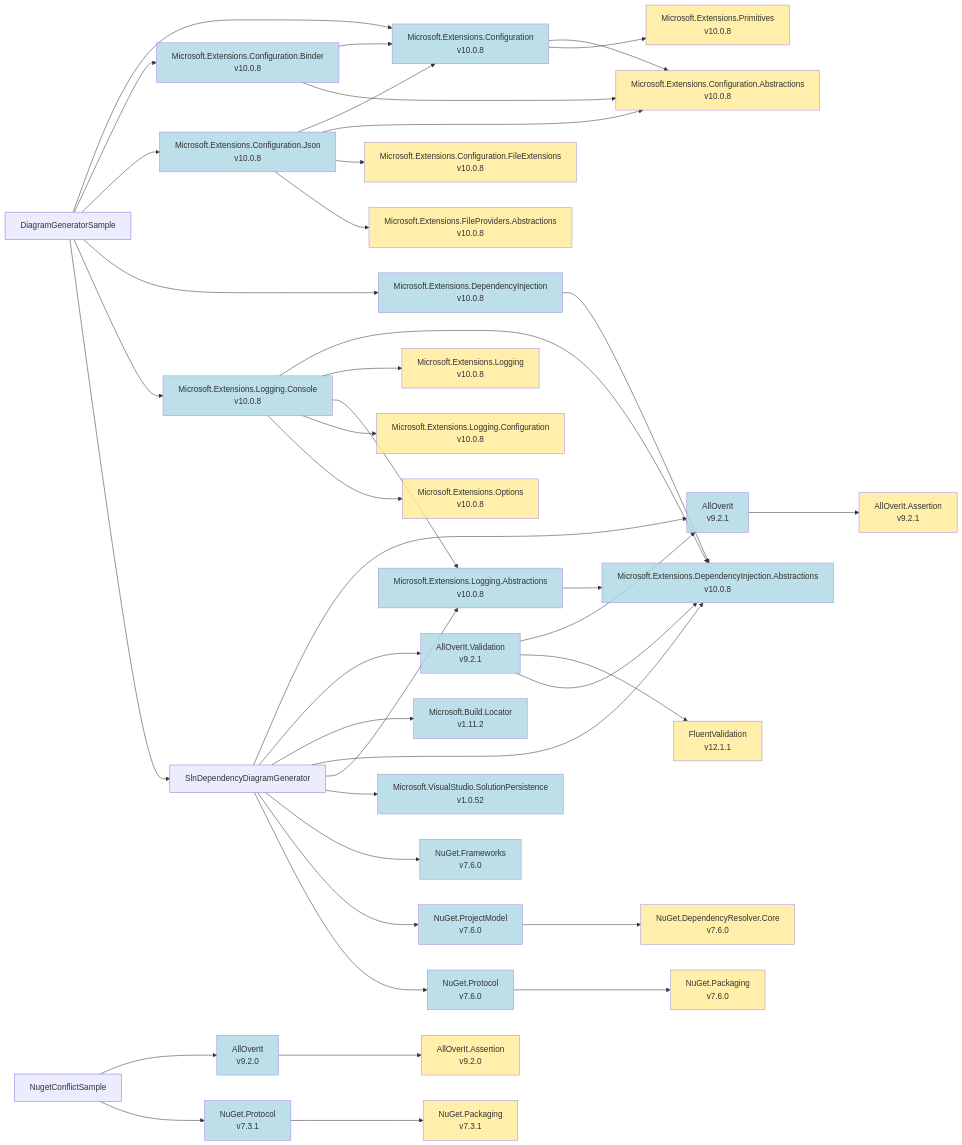
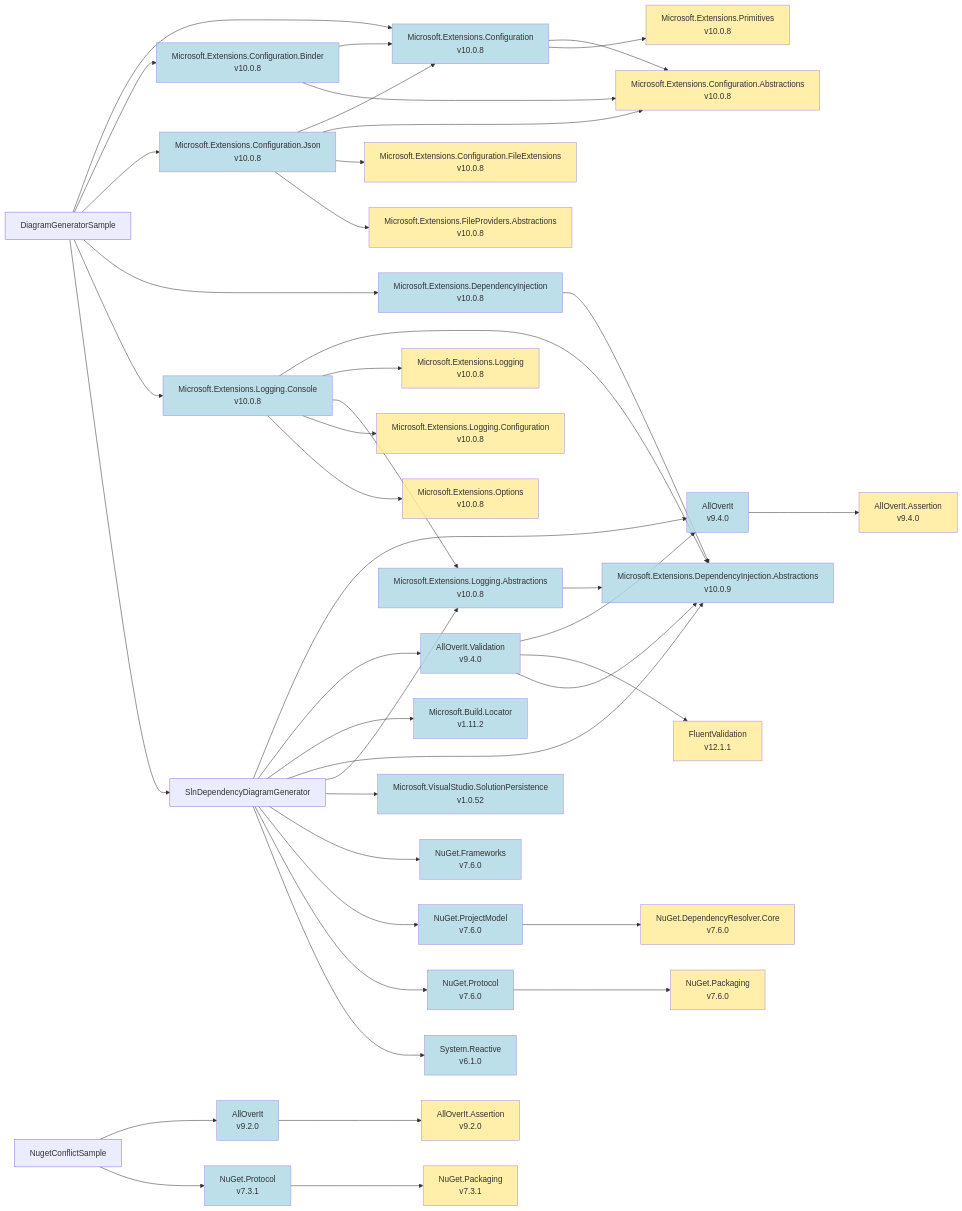
Before and after one commit to mjfreelancing/SlnDependencyDiagramGenerator: the diagram in Samples/Output/net10.0/mmd/dependency-diagram-generator-all.mmd, drawn with Mermaid. The commit also changed 62 other files, not shown here.

Commit message:
Sample diagram updates

```diff
--- a/Samples/Output/net10.0/mmd/dependency-diagram-generator-all.mmd
+++ b/Samples/Output/net10.0/mmd/dependency-diagram-generator-all.mmd
@@ -1,102 +1,105 @@
 flowchart LR
   diagramgeneratorsample["DiagramGeneratorSample"]
   microsoft-extensions-configuration_10-0-8["Microsoft.Extensions.Configuration<br>v10.0.8"]
   microsoft-extensions-configuration-abstractions_10-0-8["Microsoft.Extensions.Configuration.Abstractions<br>v10.0.8"]
   microsoft-extensions-primitives_10-0-8["Microsoft.Extensions.Primitives<br>v10.0.8"]
   microsoft-extensions-configuration-binder_10-0-8["Microsoft.Extensions.Configuration.Binder<br>v10.0.8"]
   microsoft-extensions-configuration-json_10-0-8["Microsoft.Extensions.Configuration.Json<br>v10.0.8"]
   microsoft-extensions-configuration-fileextensions_10-0-8["Microsoft.Extensions.Configuration.FileExtensions<br>v10.0.8"]
   microsoft-extensions-fileproviders-abstractions_10-0-8["Microsoft.Extensions.FileProviders.Abstractions<br>v10.0.8"]
   microsoft-extensions-dependencyinjection_10-0-8["Microsoft.Extensions.DependencyInjection<br>v10.0.8"]
-  microsoft-extensions-dependencyinjection-abstractions_10-0-8["Microsoft.Extensions.DependencyInjection.Abstractions<br>v10.0.8"]
+  microsoft-extensions-dependencyinjection-abstractions_10-0-9["Microsoft.Extensions.DependencyInjection.Abstractions<br>v10.0.9"]
   microsoft-extensions-logging-console_10-0-8["Microsoft.Extensions.Logging.Console<br>v10.0.8"]
   microsoft-extensions-logging_10-0-8["Microsoft.Extensions.Logging<br>v10.0.8"]
   microsoft-extensions-logging-abstractions_10-0-8["Microsoft.Extensions.Logging.Abstractions<br>v10.0.8"]
   microsoft-extensions-logging-configuration_10-0-8["Microsoft.Extensions.Logging.Configuration<br>v10.0.8"]
   microsoft-extensions-options_10-0-8["Microsoft.Extensions.Options<br>v10.0.8"]
   slndependencydiagramgenerator["SlnDependencyDiagramGenerator"]
-  alloverit_9-2-1["AllOverIt<br>v9.2.1"]
-  alloverit-assertion_9-2-1["AllOverIt.Assertion<br>v9.2.1"]
-  alloverit-validation_9-2-1["AllOverIt.Validation<br>v9.2.1"]
+  alloverit_9-4-0["AllOverIt<br>v9.4.0"]
+  alloverit-assertion_9-4-0["AllOverIt.Assertion<br>v9.4.0"]
+  alloverit-validation_9-4-0["AllOverIt.Validation<br>v9.4.0"]
   fluentvalidation_12-1-1["FluentValidation<br>v12.1.1"]
   microsoft-build-locator_1-11-2["Microsoft.Build.Locator<br>v1.11.2"]
   microsoft-visualstudio-solutionpersistence_1-0-52["Microsoft.VisualStudio.SolutionPersistence<br>v1.0.52"]
   nuget-frameworks_7-6-0["NuGet.Frameworks<br>v7.6.0"]
   nuget-projectmodel_7-6-0["NuGet.ProjectModel<br>v7.6.0"]
   nuget-dependencyresolver-core_7-6-0["NuGet.DependencyResolver.Core<br>v7.6.0"]
   nuget-protocol_7-6-0["NuGet.Protocol<br>v7.6.0"]
   nuget-packaging_7-6-0["NuGet.Packaging<br>v7.6.0"]
+  system-reactive_6-1-0["System.Reactive<br>v6.1.0"]
   nugetconflictsample["NugetConflictSample"]
   alloverit_9-2-0["AllOverIt<br>v9.2.0"]
   alloverit-assertion_9-2-0["AllOverIt.Assertion<br>v9.2.0"]
   nuget-protocol_7-3-1["NuGet.Protocol<br>v7.3.1"]
   nuget-packaging_7-3-1["NuGet.Packaging<br>v7.3.1"]
   diagramgeneratorsample --> microsoft-extensions-configuration_10-0-8
   microsoft-extensions-configuration_10-0-8 --> microsoft-extensions-configuration-abstractions_10-0-8
   microsoft-extensions-configuration_10-0-8 --> microsoft-extensions-primitives_10-0-8
   diagramgeneratorsample --> microsoft-extensions-configuration-binder_10-0-8
   microsoft-extensions-configuration-binder_10-0-8 --> microsoft-extensions-configuration_10-0-8
   microsoft-extensions-configuration-binder_10-0-8 --> microsoft-extensions-configuration-abstractions_10-0-8
   diagramgeneratorsample --> microsoft-extensions-configuration-json_10-0-8
   microsoft-extensions-configuration-json_10-0-8 --> microsoft-extensions-configuration_10-0-8
   microsoft-extensions-configuration-json_10-0-8 --> microsoft-extensions-configuration-abstractions_10-0-8
   microsoft-extensions-configuration-json_10-0-8 --> microsoft-extensions-configuration-fileextensions_10-0-8
   microsoft-extensions-configuration-json_10-0-8 --> microsoft-extensions-fileproviders-abstractions_10-0-8
   diagramgeneratorsample --> microsoft-extensions-dependencyinjection_10-0-8
-  microsoft-extensions-dependencyinjection_10-0-8 --> microsoft-extensions-dependencyinjection-abstractions_10-0-8
+  microsoft-extensions-dependencyinjection_10-0-8 --> microsoft-extensions-dependencyinjection-abstractions_10-0-9
   diagramgeneratorsample --> microsoft-extensions-logging-console_10-0-8
-  microsoft-extensions-logging-console_10-0-8 --> microsoft-extensions-dependencyinjection-abstractions_10-0-8
+  microsoft-extensions-logging-console_10-0-8 --> microsoft-extensions-dependencyinjection-abstractions_10-0-9
   microsoft-extensions-logging-console_10-0-8 --> microsoft-extensions-logging_10-0-8
   microsoft-extensions-logging-console_10-0-8 --> microsoft-extensions-logging-abstractions_10-0-8
   microsoft-extensions-logging-console_10-0-8 --> microsoft-extensions-logging-configuration_10-0-8
   microsoft-extensions-logging-console_10-0-8 --> microsoft-extensions-options_10-0-8
   diagramgeneratorsample --> slndependencydiagramgenerator
-  slndependencydiagramgenerator --> alloverit_9-2-1
-  alloverit_9-2-1 --> alloverit-assertion_9-2-1
-  slndependencydiagramgenerator --> alloverit-validation_9-2-1
-  alloverit-validation_9-2-1 --> alloverit_9-2-1
-  alloverit-validation_9-2-1 --> fluentvalidation_12-1-1
-  alloverit-validation_9-2-1 --> microsoft-extensions-dependencyinjection-abstractions_10-0-8
+  slndependencydiagramgenerator --> alloverit_9-4-0
+  alloverit_9-4-0 --> alloverit-assertion_9-4-0
+  slndependencydiagramgenerator --> alloverit-validation_9-4-0
+  alloverit-validation_9-4-0 --> alloverit_9-4-0
+  alloverit-validation_9-4-0 --> fluentvalidation_12-1-1
+  alloverit-validation_9-4-0 --> microsoft-extensions-dependencyinjection-abstractions_10-0-9
   slndependencydiagramgenerator --> microsoft-build-locator_1-11-2
-  slndependencydiagramgenerator --> microsoft-extensions-dependencyinjection-abstractions_10-0-8
+  slndependencydiagramgenerator --> microsoft-extensions-dependencyinjection-abstractions_10-0-9
   slndependencydiagramgenerator --> microsoft-extensions-logging-abstractions_10-0-8
-  microsoft-extensions-logging-abstractions_10-0-8 --> microsoft-extensions-dependencyinjection-abstractions_10-0-8
+  microsoft-extensions-logging-abstractions_10-0-8 --> microsoft-extensions-dependencyinjection-abstractions_10-0-9
   slndependencydiagramgenerator --> microsoft-visualstudio-solutionpersistence_1-0-52
   slndependencydiagramgenerator --> nuget-frameworks_7-6-0
   slndependencydiagramgenerator --> nuget-projectmodel_7-6-0
   nuget-projectmodel_7-6-0 --> nuget-dependencyresolver-core_7-6-0
   slndependencydiagramgenerator --> nuget-protocol_7-6-0
   nuget-protocol_7-6-0 --> nuget-packaging_7-6-0
+  slndependencydiagramgenerator --> system-reactive_6-1-0
   nugetconflictsample --> alloverit_9-2-0
   alloverit_9-2-0 --> alloverit-assertion_9-2-0
   nugetconflictsample --> nuget-protocol_7-3-1
   nuget-protocol_7-3-1 --> nuget-packaging_7-3-1
   style microsoft-extensions-configuration_10-0-8 fill:#ADD8E6,opacity:0.8
   style microsoft-extensions-configuration-abstractions_10-0-8 fill:#FFEC96,opacity:0.8
   style microsoft-extensions-primitives_10-0-8 fill:#FFEC96,opacity:0.8
   style microsoft-extensions-configuration-binder_10-0-8 fill:#ADD8E6,opacity:0.8
   style microsoft-extensions-configuration-json_10-0-8 fill:#ADD8E6,opacity:0.8
   style microsoft-extensions-configuration-fileextensions_10-0-8 fill:#FFEC96,opacity:0.8
   style microsoft-extensions-fileproviders-abstractions_10-0-8 fill:#FFEC96,opacity:0.8
   style microsoft-extensions-dependencyinjection_10-0-8 fill:#ADD8E6,opacity:0.8
-  style microsoft-extensions-dependencyinjection-abstractions_10-0-8 fill:#ADD8E6,opacity:0.8
+  style microsoft-extensions-dependencyinjection-abstractions_10-0-9 fill:#ADD8E6,opacity:0.8
   style microsoft-extensions-logging-console_10-0-8 fill:#ADD8E6,opacity:0.8
   style microsoft-extensions-logging_10-0-8 fill:#FFEC96,opacity:0.8
   style microsoft-extensions-logging-abstractions_10-0-8 fill:#ADD8E6,opacity:0.8
   style microsoft-extensions-logging-configuration_10-0-8 fill:#FFEC96,opacity:0.8
   style microsoft-extensions-options_10-0-8 fill:#FFEC96,opacity:0.8
-  style alloverit_9-2-1 fill:#ADD8E6,opacity:0.8
-  style alloverit-assertion_9-2-1 fill:#FFEC96,opacity:0.8
-  style alloverit-validation_9-2-1 fill:#ADD8E6,opacity:0.8
+  style alloverit_9-4-0 fill:#ADD8E6,opacity:0.8
+  style alloverit-assertion_9-4-0 fill:#FFEC96,opacity:0.8
+  style alloverit-validation_9-4-0 fill:#ADD8E6,opacity:0.8
   style fluentvalidation_12-1-1 fill:#FFEC96,opacity:0.8
   style microsoft-build-locator_1-11-2 fill:#ADD8E6,opacity:0.8
   style microsoft-visualstudio-solutionpersistence_1-0-52 fill:#ADD8E6,opacity:0.8
   style nuget-frameworks_7-6-0 fill:#ADD8E6,opacity:0.8
   style nuget-projectmodel_7-6-0 fill:#ADD8E6,opacity:0.8
   style nuget-dependencyresolver-core_7-6-0 fill:#FFEC96,opacity:0.8
   style nuget-protocol_7-6-0 fill:#ADD8E6,opacity:0.8
   style nuget-packaging_7-6-0 fill:#FFEC96,opacity:0.8
+  style system-reactive_6-1-0 fill:#ADD8E6,opacity:0.8
   style alloverit_9-2-0 fill:#ADD8E6,opacity:0.8
   style alloverit-assertion_9-2-0 fill:#FFEC96,opacity:0.8
   style nuget-protocol_7-3-1 fill:#ADD8E6,opacity:0.8
   style nuget-packaging_7-3-1 fill:#FFEC96,opacity:0.8
```
